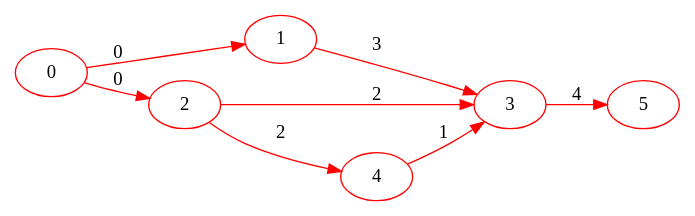
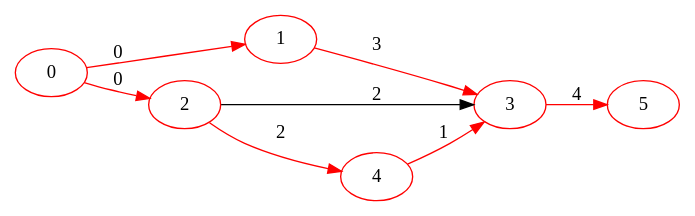
Before and after one commit to avivi55/graphs: the diagram in out/14.gv, drawn with Graphviz. The commit also changed 25 other files, not shown here.

```diff
--- a/out/14.gv
+++ b/out/14.gv
@@ -1,15 +1,15 @@
 digraph { rankdir=LR
-    "1" [color="red"]
-    "2" [color="red"]
-    "3" [color="red"]
-    "4" [color="red"]
-    "0" [color="red"]
-    "5" [color="red"]
-    "1" -> "3" [label="3" color="red" ] 
-    "2" -> "3" [label="2" color="red" ] 
-    "2" -> "4" [label="2" color="red" ] 
-    "3" -> "5" [label="4" color="red" ] 
-    "4" -> "3" [label="1" color="red" ] 
-    "0" -> "1" [label="0" color="red" ] 
-    "0" -> "2" [label="0" color="red" ] 
+    "1" [color="red" label="1"]
+    "2" [color="red" label="2"]
+    "3" [color="red" label="3"]
+    "4" [color="red" label="4"]
+    "0" [color="red" label="0"]
+    "5" [color="red" label="5"]
+    "1" -> "3" [label="3" color="red" ]
+    "2" -> "3" [label="2" ]
+    "2" -> "4" [label="2" color="red" ]
+    "3" -> "5" [label="4" color="red" ]
+    "4" -> "3" [label="1" color="red" ]
+    "0" -> "1" [label="0" color="red" color="red" ]
+    "0" -> "2" [label="0" color="red" color="red" ]
 }
```
